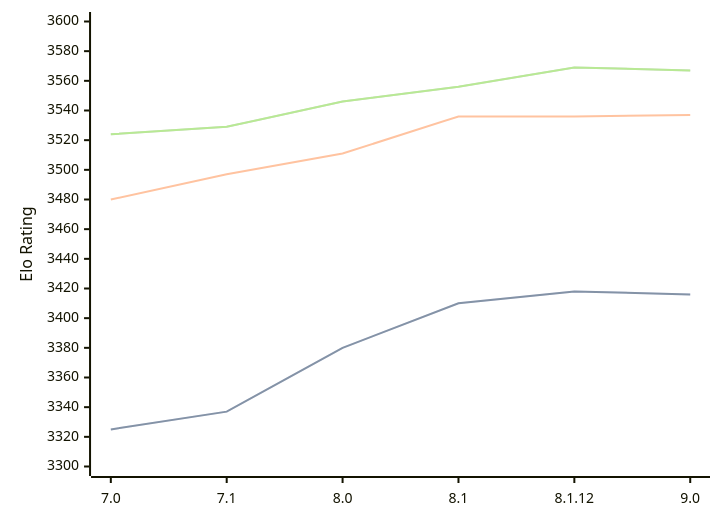
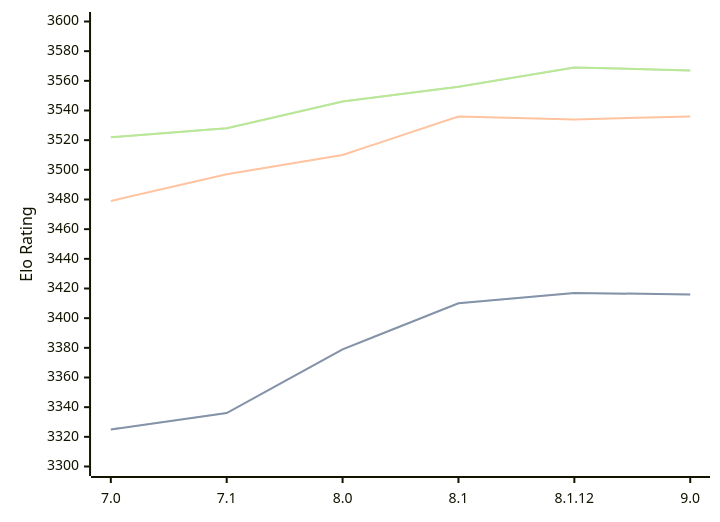
Before and after one commit to computer-chess-index/cci: the first of 3 diagrams in engines/Alexandria.md, drawn with Mermaid. The commit also changed other lines of this file, not shown here.

Commit message:
Update CCI Ratings (ELO VLTC) - 2026-07-15

````diff
--- a/engines/Alexandria.md
+++ b/engines/Alexandria.md
@@ -55,11 +55,11 @@
 ```mermaid
 %%{init: {"theme":"base","themeVariables":{"seriesColors:['#a3a3a3','#222221','#faa371']}}}%%
 xychart-beta
   x-axis ["7.0", "7.1", "8.0", "8.1", "8.1.12", "9.0"]
   y-axis "Elo Rating" 3300 --> 3600
-  line "STC (8.0+0.08s)" [3325, 3337, 3380, 3410, 3418, 3416]
-  line "STC (8.0+0.08s)" [3325, 3337, 3380, 3410, 3418, 3416]
-  line "LTC (60.0+0.60s)" [3480, 3497, 3511, 3536, 3536, 3537]
-  line "VLTC (2m24s+1.12s)" [3524, 3529, 3546, 3556, 3569, 3567]
-  line "VLTC (2m24s+1.12s)" [3524, 3529, 3546, 3556, 3569, 3567]
+  line "STC (8.0+0.08s)" [3325, 3336, 3379, 3410, 3417, 3416]
+  line "STC (8.0+0.08s)" [3325, 3336, 3379, 3410, 3417, 3416]
+  line "LTC (60.0+0.60s)" [3479, 3497, 3510, 3536, 3534, 3536]
+  line "VLTC (2m24s+1.12s)" [3522, 3528, 3546, 3556, 3569, 3567]
+  line "VLTC (2m24s+1.12s)" [3522, 3528, 3546, 3556, 3569, 3567]
 ```
````
